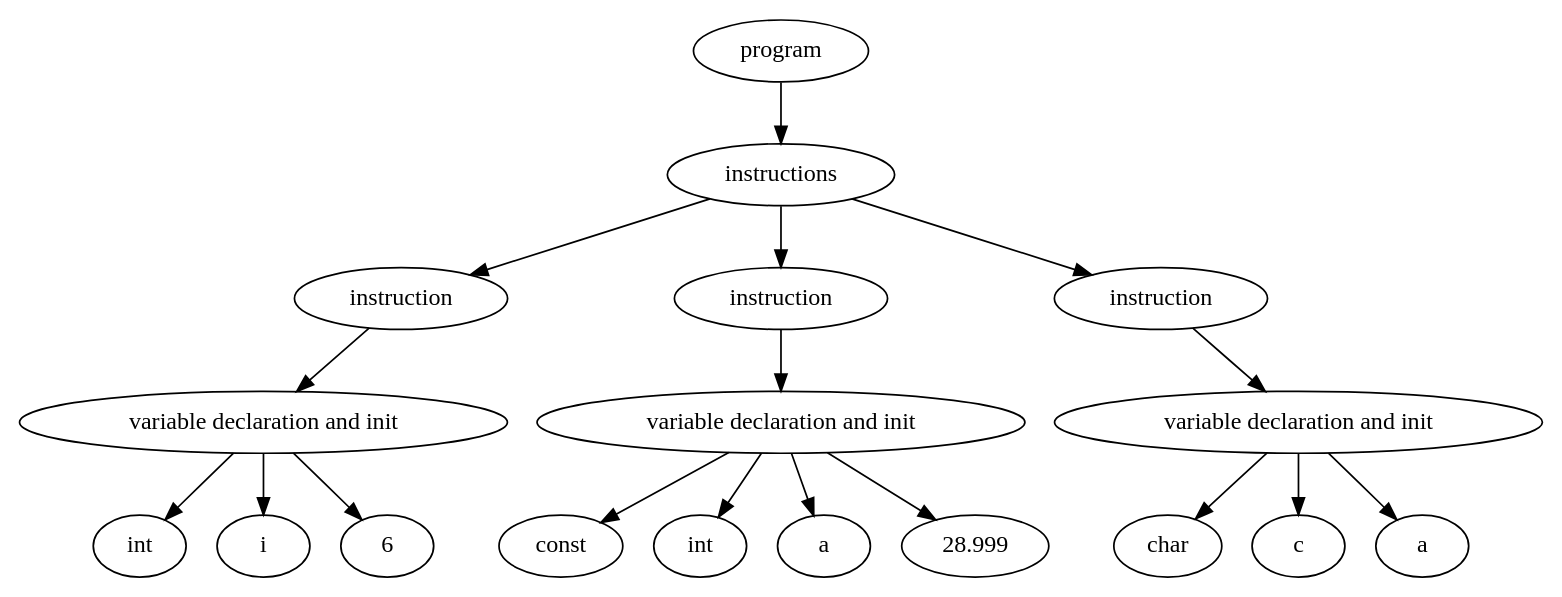
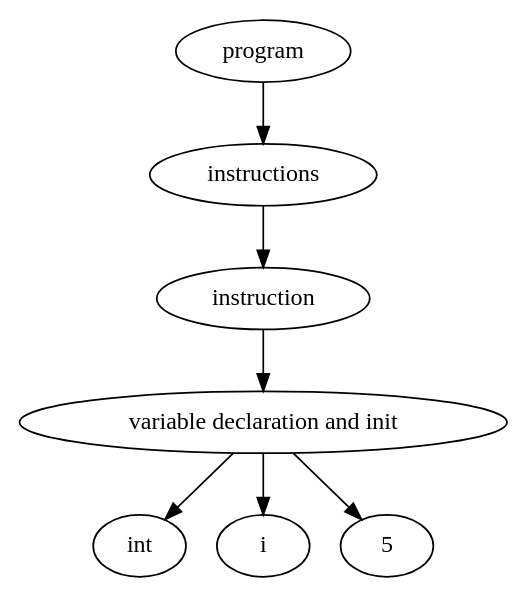
The diagram in output/ast.gv (RobMandelings/CompilersProject), drawn with Graphviz before and after one commit. The commit also changed 2 other files, not shown here.

```diff
--- a/output/ast.gv
+++ b/output/ast.gv
@@ -1,37 +1,15 @@
 digraph "Abstract Syntax Tree" {
-	140357925325456 [label=int]
-	140357925324064 -> 140357925325456
-	140357925325216 [label=i]
-	140357925324064 -> 140357925325216
-	140357925324928 [label=6]
-	140357925324064 -> 140357925324928
-	140357925324064 [label="variable declaration and init"]
-	140357925324736 -> 140357925324064
-	140357925324736 [label=instruction]
-	140357925324400 -> 140357925324736
-	140357925326032 [label=const]
-	140357925323536 -> 140357925326032
-	140357925326656 [label=int]
-	140357925323536 -> 140357925326656
-	140357925355632 [label=a]
-	140357925323536 -> 140357925355632
-	140357925355872 [label=28.999]
-	140357925323536 -> 140357925355872
-	140357925323536 [label="variable declaration and init"]
-	140357925325360 -> 140357925323536
-	140357925325360 [label=instruction]
-	140357925324400 -> 140357925325360
-	140357925356592 [label=char]
-	140357925356304 -> 140357925356592
-	140357925356688 [label=c]
-	140357925356304 -> 140357925356688
-	140357925356880 [label=a]
-	140357925356304 -> 140357925356880
-	140357925356304 [label="variable declaration and init"]
-	140357925356016 -> 140357925356304
-	140357925356016 [label=instruction]
-	140357925324400 -> 140357925356016
-	140357925324400 [label=instructions]
-	140357925324352 -> 140357925324400
-	140357925324352 [label=program]
+	140645587936496 [label=int]
+	140645587935824 -> 140645587936496
+	140645587936928 [label=i]
+	140645587935824 -> 140645587936928
+	140645587936688 [label=5]
+	140645587935824 -> 140645587936688
+	140645587935824 [label="variable declaration and init"]
+	140645587939088 -> 140645587935824
+	140645587939088 [label=instruction]
+	140645587937888 -> 140645587939088
+	140645587937888 [label=instructions]
+	140645587937840 -> 140645587937888
+	140645587937840 [label=program]
 }
```
